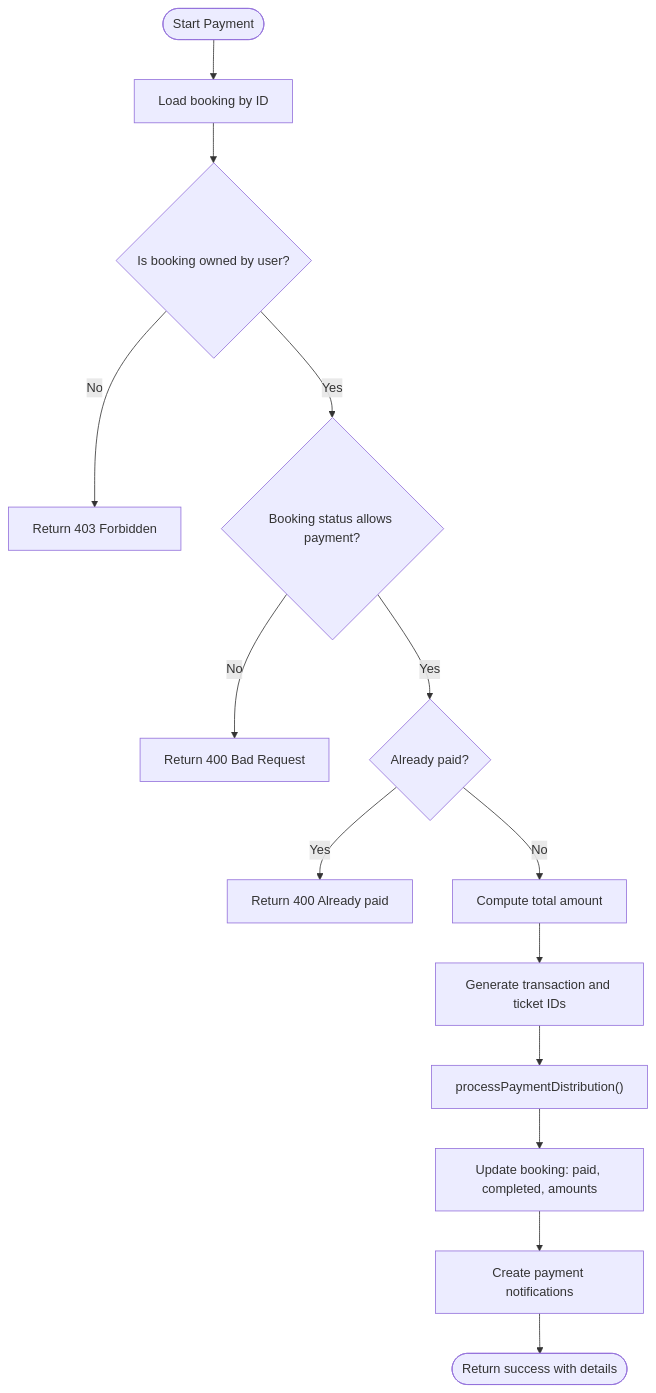
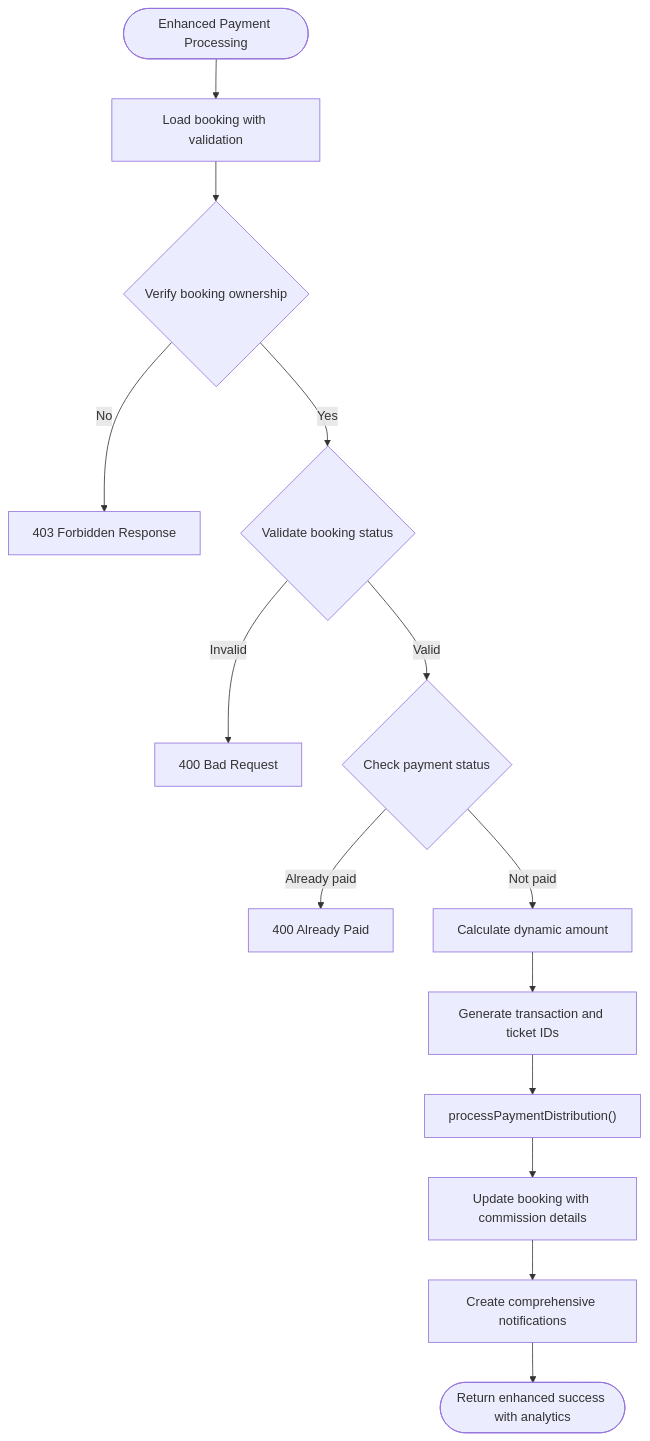
The fifth of 8 diagrams in .qoder/repowiki/en/content/Booking and Payment System/Payment Processing System.md (meghanamallela69-tech/event), drawn with Mermaid before and after one commit. The commit also changed other lines of this file and 63 other files, not shown here.

````diff
--- a/.qoder/repowiki/en/content/Booking and Payment System/Payment Processing System.md
+++ b/.qoder/repowiki/en/content/Booking and Payment System/Payment Processing System.md
@@ -263,16 +281,16 @@
 ```mermaid
 flowchart TD
-Start(["Start Payment"]) --> LoadBooking["Load booking by ID"]
-LoadBooking --> CheckOwner{"Is booking owned by user?"}
-CheckOwner --> |No| Forbidden["Return 403 Forbidden"]
-CheckOwner --> |Yes| CheckStatus{"Booking status allows payment?"}
-CheckStatus --> |No| BadReq["Return 400 Bad Request"]
-CheckStatus --> |Yes| CheckPaid{"Already paid?"}
-CheckPaid --> |Yes| AlreadyPaid["Return 400 Already paid"]
-CheckPaid --> |No| CalcAmount["Compute total amount"]
+Start(["Enhanced Payment Processing"]) --> LoadBooking["Load booking with validation"]
+LoadBooking --> CheckOwner{"Verify booking ownership"}
+CheckOwner --> |No| Forbidden["403 Forbidden Response"]
+CheckOwner --> |Yes| CheckStatus{"Validate booking status"}
+CheckStatus --> |Invalid| BadReq["400 Bad Request"]
+CheckStatus --> |Valid| CheckPaid{"Check payment status"}
+CheckPaid --> |Already paid| AlreadyPaid["400 Already Paid"]
+CheckPaid --> |Not paid| CalcAmount["Calculate dynamic amount"]
 CalcAmount --> GenIds["Generate transaction and ticket IDs"]
 GenIds --> Distribute["processPaymentDistribution()"]
-Distribute --> UpdateBooking["Update booking: paid, completed, amounts"]
-UpdateBooking --> Notify["Create payment notifications"]
-Notify --> Success(["Return success with details"])
+Distribute --> UpdateBooking["Update booking with commission details"]
+UpdateBooking --> Notify["Create comprehensive notifications"]
+Notify --> Success(["Return enhanced success with analytics"])
 ```
````
